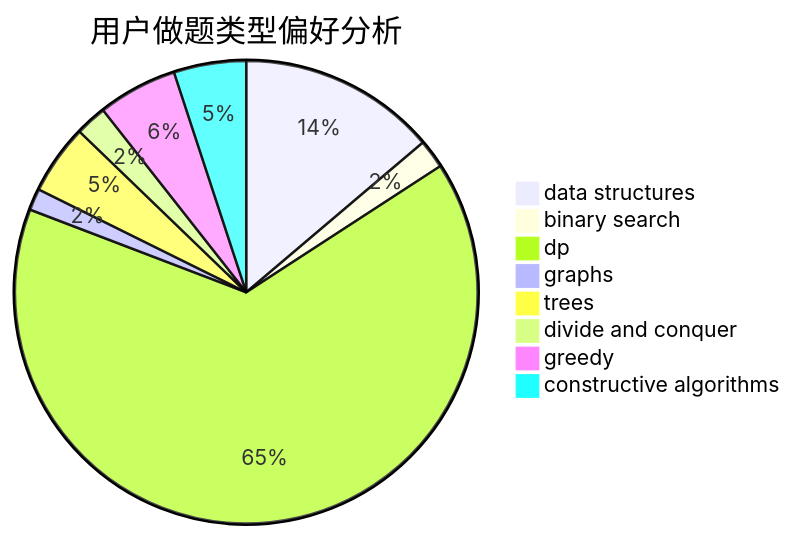
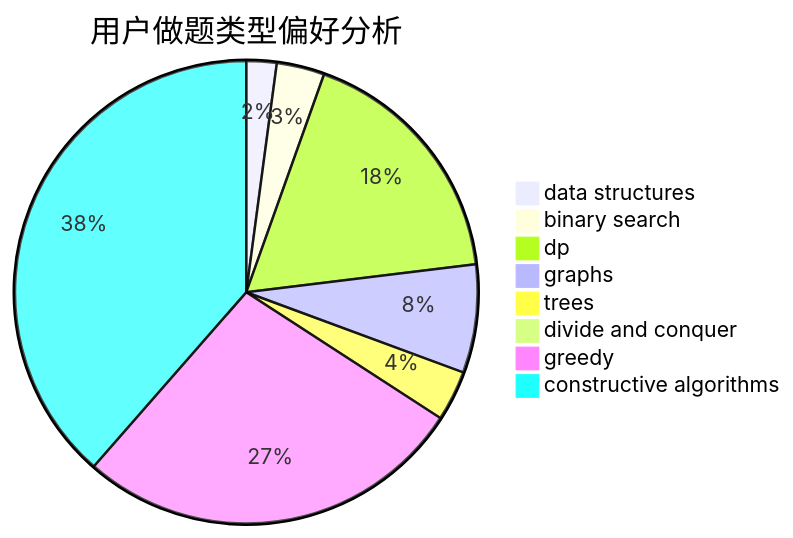
One commit to sherpahu/cfrs.github.io changed the second of 3 diagrams in docs/user/u2600.md. Above: the diagram before and after it, drawn with Mermaid. The commit also changed other lines of this file and 2770 other files, not shown here.

````diff
--- a/docs/user/u2600.md
+++ b/docs/user/u2600.md
@@ -23,11 +23,11 @@
 ```mermaid
 pie title 用户做题类型偏好分析
-    "data structures" :  82
-    "binary search" :  12
-    "dp" :  386
-    "graphs" :  9
-    "trees" :  29
-    "divide and conquer" :  13
-    "greedy" :  33
-    "constructive algorithms" :  30
+    "data structures" :  12
+    "binary search" :  19
+    "dp" :  100
+    "graphs" :  43
+    "trees" :  20
+    "divide and conquer" :  1
+    "greedy" :  155
+    "constructive algorithms" :  219
 ```
````
